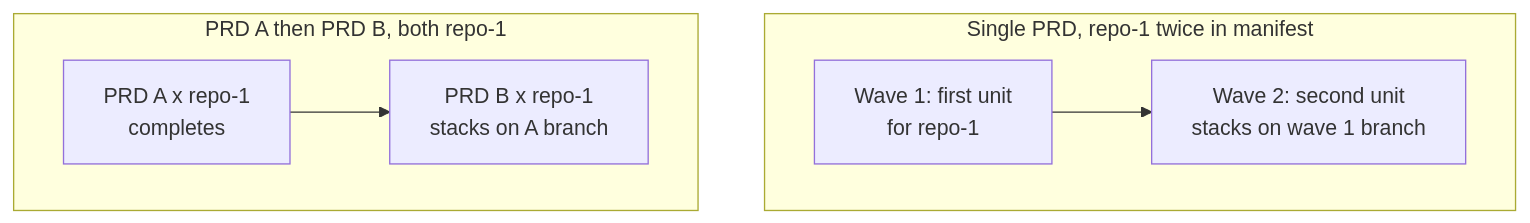
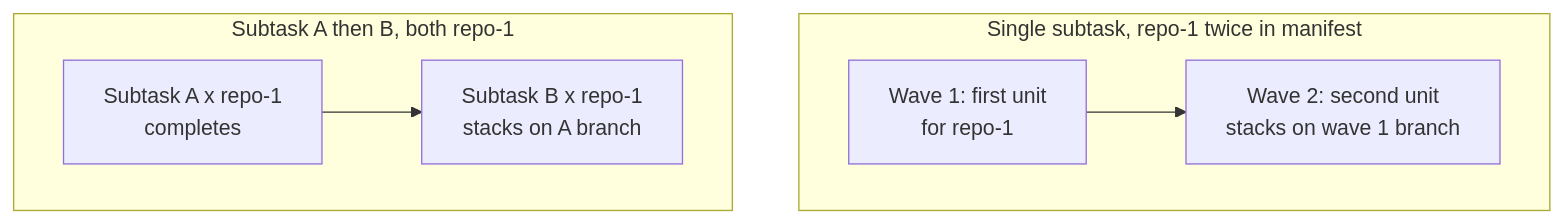
Before and after one commit to delehner/coding-agents: the sixth of 8 diagrams in docs/pipeline-overview.md, drawn with Mermaid. The commit also changed other lines of this file and 17 other files, not shown here.

````diff
--- a/docs/pipeline-overview.md
+++ b/docs/pipeline-overview.md
@@ -267,14 +269,14 @@
 ```mermaid
 flowchart TD
-    subgraph OnePRD["Single PRD, repo-1 twice in manifest"]
+    subgraph OnePRD["Single subtask, repo-1 twice in manifest"]
         W1["Wave 1: first unit\nfor repo-1"]
         W2["Wave 2: second unit\nstacks on wave 1 branch"]
         W1 --> W2
     end
 
-    subgraph TwoPRDs["PRD A then PRD B, both repo-1"]
-        A["PRD A x repo-1\n completes"]
-        B["PRD B x repo-1\nstacks on A branch"]
+    subgraph TwoPRDs["Subtask A then B, both repo-1"]
+        A["Subtask A x repo-1\n completes"]
+        B["Subtask B x repo-1\nstacks on A branch"]
         A --> B
     end
 ```
````
